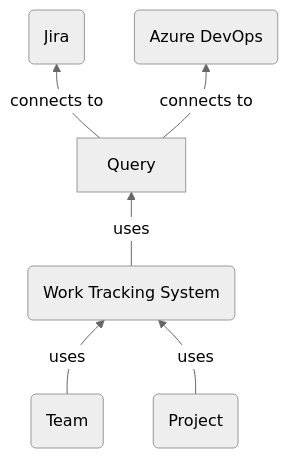
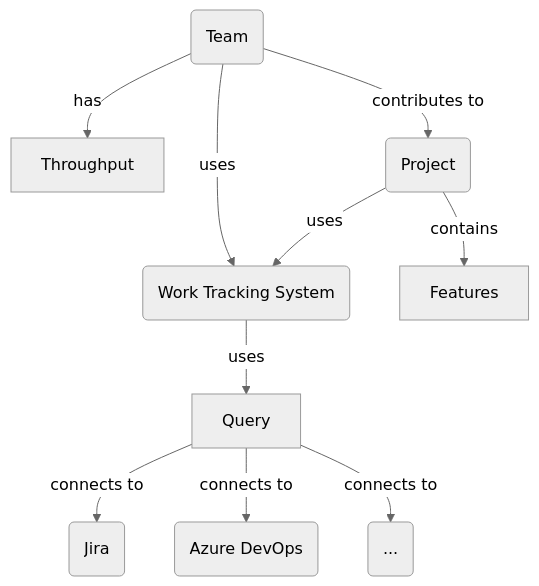
Before and after one commit to LetPeopleWork/Lighthouse: the diagram in docs/howto/howto.md, drawn with Mermaid. The commit also changed other lines of this file and 8 other files, not shown here.

````diff
--- a/docs/howto/howto.md
+++ b/docs/howto/howto.md
@@ -25,9 +25,13 @@
 ```mermaid
 %%{init: {'theme': 'neutral'}}%%
-flowchart BT
-    A(Team) -->|uses| B(Work Tracking System)
+flowchart TD
+    A(Team) -->|has| G[Throughput]
+    A -->|uses| B(Work Tracking System)
     C(Project) -->|uses| B
+    C -->|contains| H[Features]
+    A -->|contributes to| C
     B -->|uses| F[Query]
     F -->|connects to| D(Jira)
     F -->|connects to| E(Azure DevOps)
+    F -->|connects to| I(...)
 ```
````
